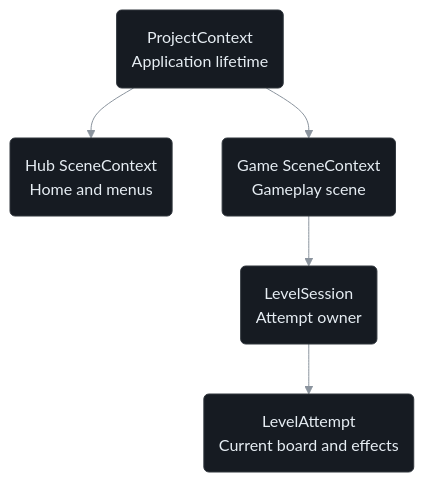
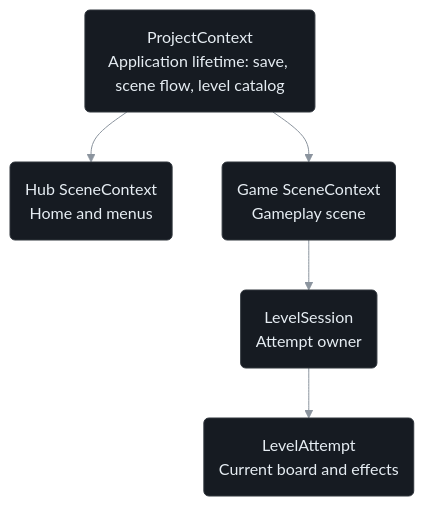
Before and after one commit to furkantokkan/Color-Block-Jam-Clone: the diagram in README.md, drawn with Mermaid. The commit also changed other lines of this file and 6 other files, not shown here.

````diff
--- a/README.md
+++ b/README.md
@@ -106,17 +167,17 @@
 ```mermaid
 flowchart TD
-    Project("ProjectContext<br/>Application lifetime")
+    Project("ProjectContext<br/>Application lifetime: save, scene flow, level catalog")
     Hub("Hub SceneContext<br/>Home and menus")
     Game("Game SceneContext<br/>Gameplay scene")
     Session("LevelSession<br/>Attempt owner")
     Attempt("LevelAttempt<br/>Current board and effects")
 
     Project --> Hub
     Project --> Game
     Game --> Session
     Session --> Attempt
 
     classDef owner fill:#161b22,stroke:#30363d,color:#e6edf3
     class Project,Hub,Game,Session,Attempt owner
     linkStyle default stroke:#8b949e
 ```
````
